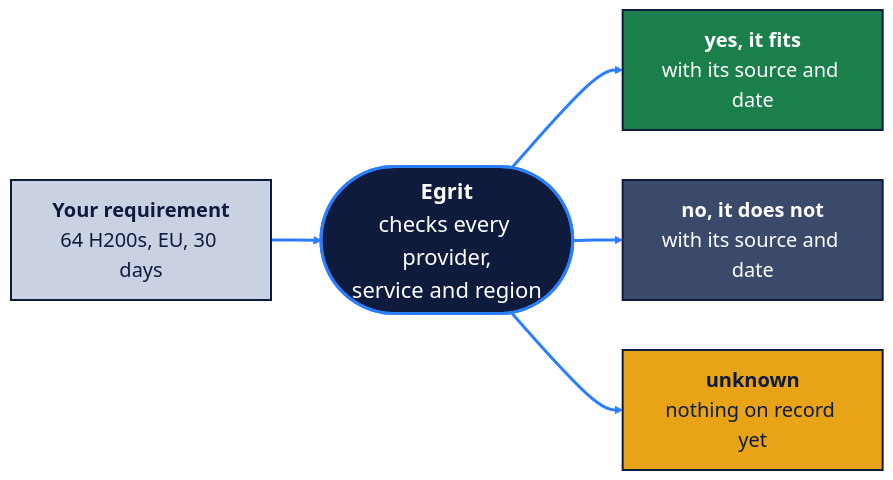
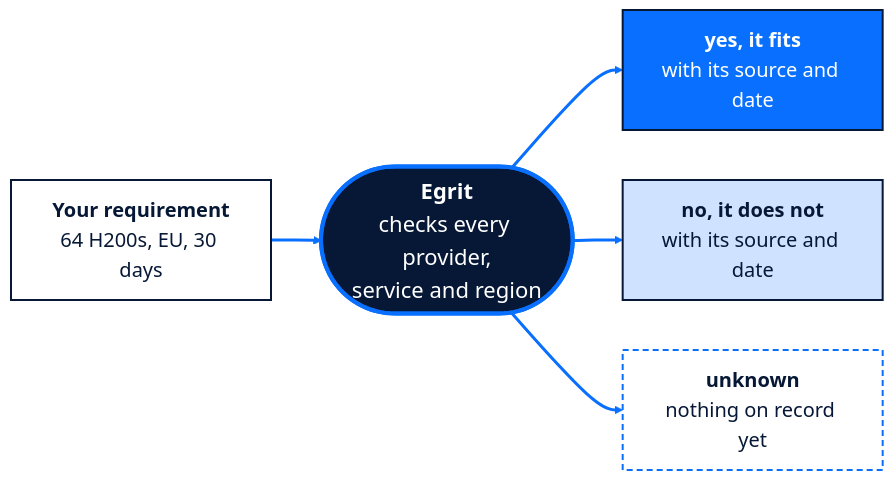
One commit to Egrit-AI/.github changed the diagram in profile/README.md. Above: the diagram before and after it, drawn with Mermaid.

Commit message:
docs: the search diagram in the logo's colours

````diff
--- a/profile/README.md
+++ b/profile/README.md
@@ -6,15 +6,15 @@
 ```mermaid
-%%{init: {"theme": "base", "themeVariables": {"fontSize": "20px", "fontFamily": "Inter, Helvetica, Arial, sans-serif", "lineColor": "#2b7fff"}}}%%
+%%{init: {"theme": "base", "themeVariables": {"fontSize": "20px", "fontFamily": "Inter, Helvetica, Arial, sans-serif", "lineColor": "#096FFE"}}}%%
 flowchart LR
     R["<b>Your requirement</b><br/>64 H200s, EU, 30 days"]:::ask --> E(["<b>Egrit</b><br/>checks every provider,<br/>service and region"]):::egrit
     E --> Y["<b>yes, it fits</b><br/>with its source and date"]:::yes
     E --> N["<b>no, it does not</b><br/>with its source and date"]:::no
     E --> U["<b>unknown</b><br/>nothing on record yet"]:::unknown
 
-    classDef ask fill:#c9d1e3,stroke:#0f1b3d,stroke-width:2px,color:#0f1b3d,font-size:20px
-    classDef egrit fill:#0f1b3d,stroke:#2b7fff,stroke-width:3px,color:#ffffff,font-size:22px
-    classDef yes fill:#1a7f4b,stroke:#0f1b3d,stroke-width:2px,color:#ffffff,font-size:20px
-    classDef no fill:#3b4a6b,stroke:#0f1b3d,stroke-width:2px,color:#ffffff,font-size:20px
-    classDef unknown fill:#e8a317,stroke:#0f1b3d,stroke-width:2px,color:#0f1b3d,font-size:20px
-    linkStyle default stroke:#2b7fff,stroke-width:3px
+    classDef ask fill:#FFFFFF,stroke:#061835,stroke-width:2px,color:#061835,font-size:20px
+    classDef egrit fill:#061835,stroke:#096FFE,stroke-width:4px,color:#FFFFFF,font-size:22px
+    classDef yes fill:#096FFE,stroke:#061835,stroke-width:2px,color:#FFFFFF,font-size:20px
+    classDef no fill:#CFE2FF,stroke:#061835,stroke-width:2px,color:#061835,font-size:20px
+    classDef unknown fill:#FFFFFF,stroke:#096FFE,stroke-width:2px,stroke-dasharray:6 4,color:#061835,font-size:20px
+    linkStyle default stroke:#096FFE,stroke-width:3px
 ```
````
